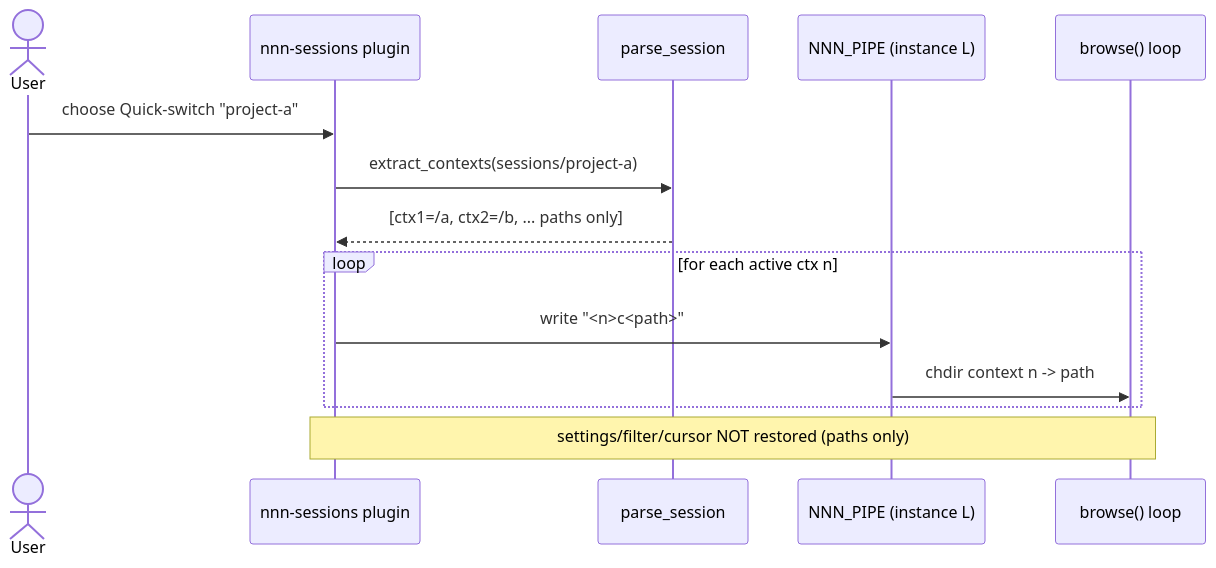
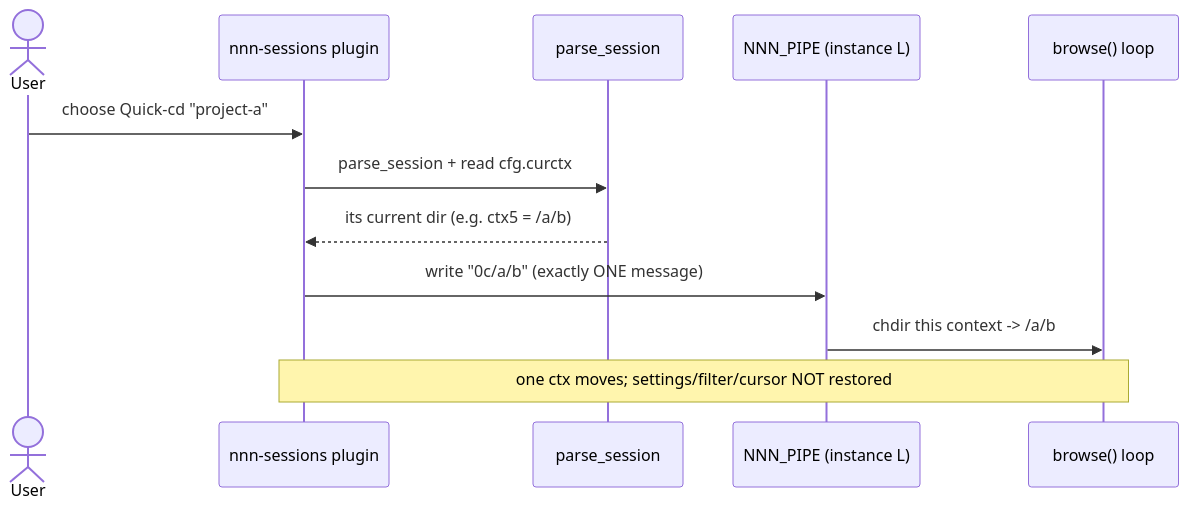
Before and after one commit to techcaotri/nnn: diagram 14 of 16 in docs/Brainstorm_nnn_Support_Sessions_Management.md, drawn with Mermaid. The commit also changed other lines of this file and 7 other files, not shown here.

````diff
--- a/docs/Brainstorm_nnn_Support_Sessions_Management.md
+++ b/docs/Brainstorm_nnn_Support_Sessions_Management.md
@@ -684,18 +711,16 @@
 ```mermaid
 %% Sequence: paths-only quick switch using only the existing 'c' op
 sequenceDiagram
     actor U as User
     participant P as nnn-sessions plugin
     participant Prev as parse_session
     participant Pipe as NNN_PIPE (instance L)
     participant B as browse() loop
 
-    U->>P: choose Quick-switch "project-a"
-    P->>Prev: extract_contexts(sessions/project-a)
-    Prev-->>P: [ctx1=/a, ctx2=/b, ... paths only]
-    loop for each active ctx n
-        P->>Pipe: write "<n>c<path>"
-        Pipe->>B: chdir context n -> path
-    end
-    Note over P,B: settings/filter/cursor NOT restored (paths only)
+    U->>P: choose Quick-cd "project-a"
+    P->>Prev: parse_session + read cfg.curctx
+    Prev-->>P: its current dir (e.g. ctx5 = /a/b)
+    P->>Pipe: write "0c/a/b"   (exactly ONE message)
+    Pipe->>B: chdir this context -> /a/b
+    Note over P,B: one ctx moves#59; settings/filter/cursor NOT restored
 ```
````
